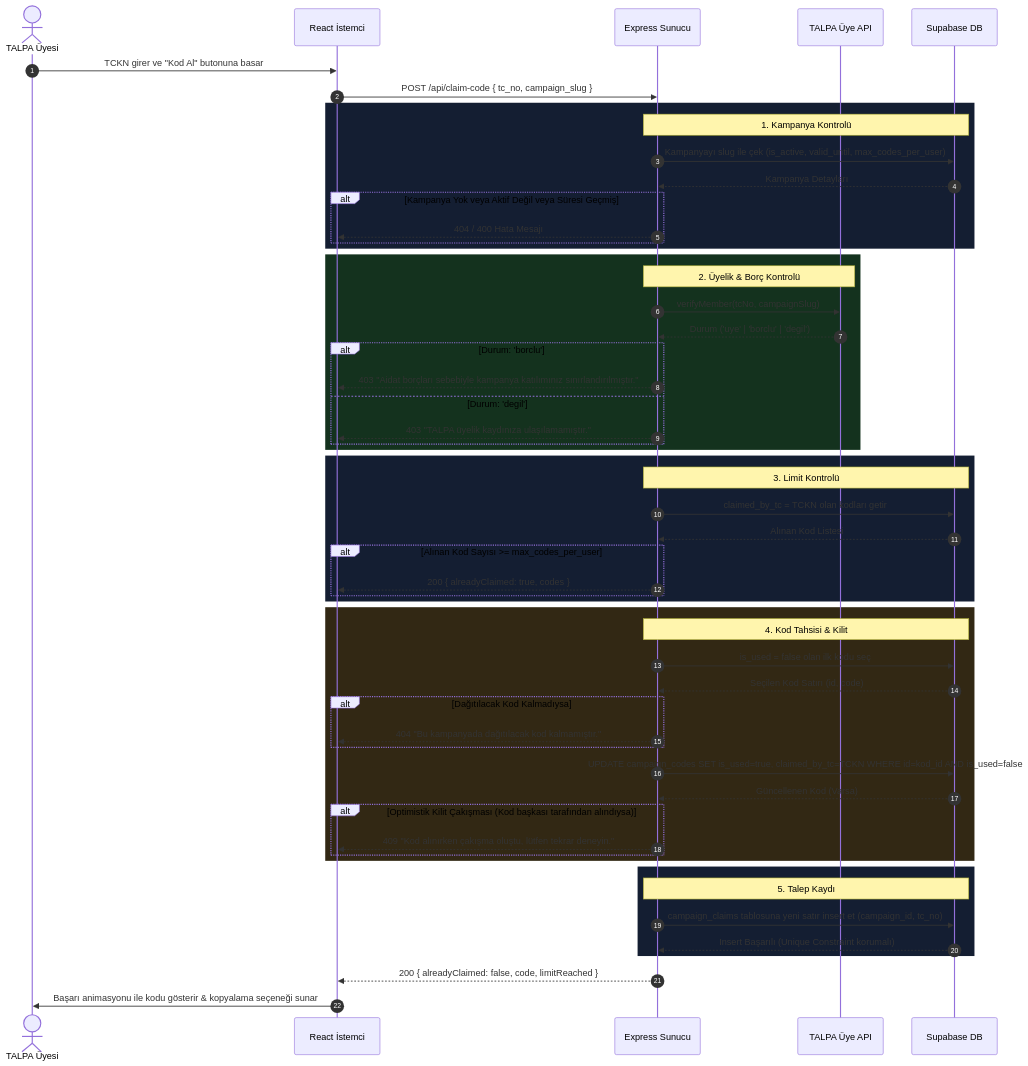
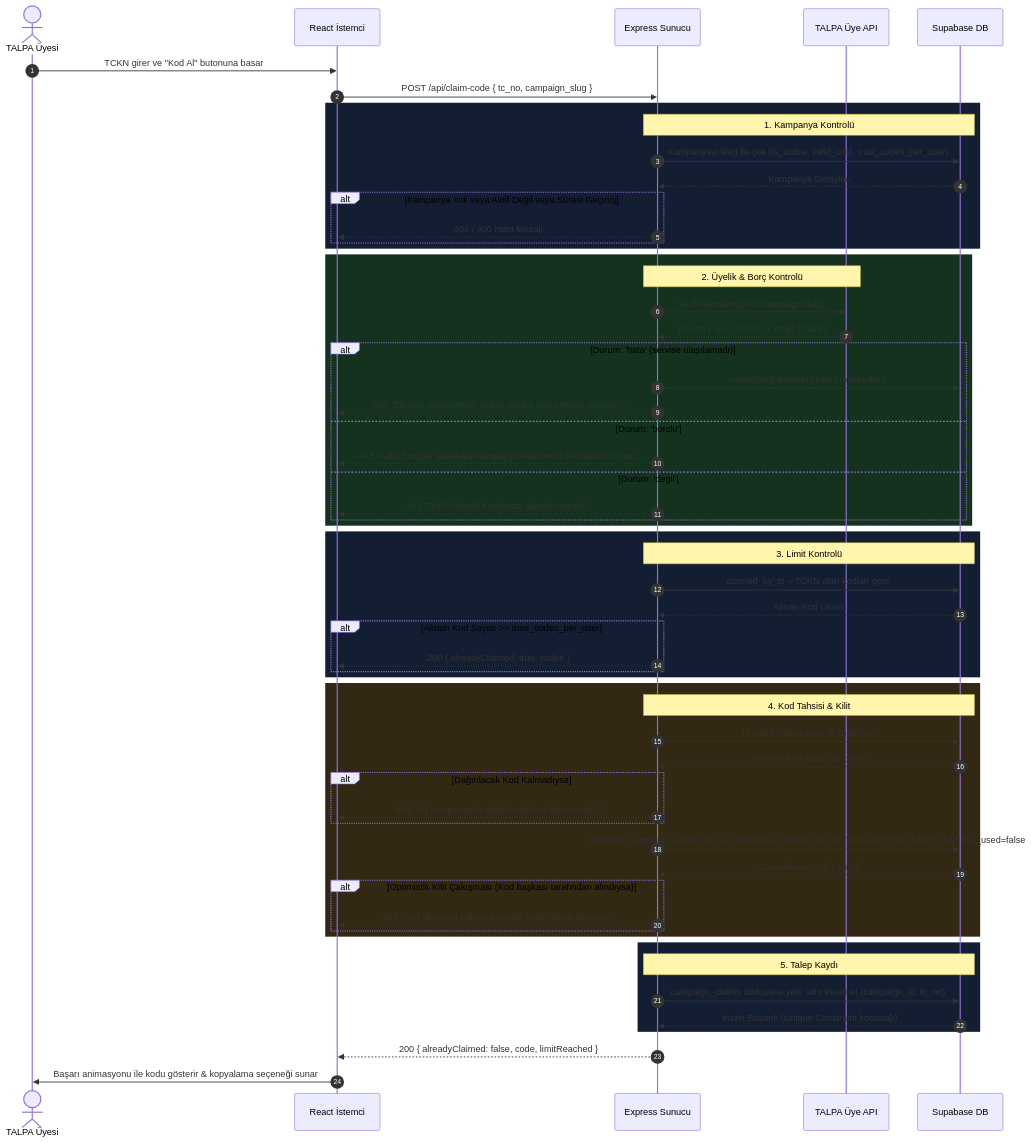
Before and after one commit to eyildirim82/talpa-giyim: the second of 3 diagrams in wiki/reference/architecture.md, drawn with Mermaid. The commit also changed other lines of this file and 8 other files, not shown here.

````diff
--- a/wiki/reference/architecture.md
+++ b/wiki/reference/architecture.md
@@ -55,64 +55,67 @@
 ```mermaid
 sequenceDiagram
     autonumber
     actor Uye as TALPA Üyesi
     participant Client as React İstemci
     participant Server as Express Sunucu
     participant MemberAPI as TALPA Üye API
     participant DB as Supabase DB
 
     Uye->>Client: TCKN girer ve "Kod Al" butonuna basar
     Client->>Server: POST /api/claim-code { tc_no, campaign_slug }
     
     rect rgb(20, 30, 50)
         Note over Server, DB: 1. Kampanya Kontrolü
         Server->>DB: Kampanyayı slug ile çek (is_active, valid_until, max_codes_per_user)
         DB-->>Server: Kampanya Detayları
         alt Kampanya Yok veya Aktif Değil veya Süresi Geçmiş
             Server-->>Client: 404 / 400 Hata Mesajı
         end
     end
 
     rect rgb(20, 50, 30)
         Note over Server, MemberAPI: 2. Üyelik & Borç Kontrolü
         Server->>MemberAPI: verifyMember(tcNo, campaignSlug)
-        MemberAPI-->>Server: Durum ('uye' | 'borclu' | 'degil')
-        alt Durum: 'borclu'
+        MemberAPI-->>Server: Durum ('uye' | 'borclu' | 'degil' | 'hata')
+        alt Durum: 'hata' (servise ulaşılamadı)
+            Server->>DB: recordVerifyFailure('claim') (best-effort)
+            Server-->>Client: 503 "Servise ulaşılamıyor, birkaç dakika sonra tekrar deneyin."
+        else Durum: 'borclu'
             Server-->>Client: 403 "Aidat borçları sebebiyle kampanya katılımınız sınırlandırılmıştır."
         else Durum: 'degil'
             Server-->>Client: 403 "TALPA üyelik kaydınıza ulaşılamamıştır."
         end
     end
 
     rect rgb(20, 30, 50)
         Note over Server, DB: 3. Limit Kontrolü
         Server->>DB: claimed_by_tc = TCKN olan kodları getir
         DB-->>Server: Alınan Kod Listesi
         alt Alınan Kod Sayısı >= max_codes_per_user
             Server-->>Client: 200 { alreadyClaimed: true, codes }
         end
     end
 
     rect rgb(50, 40, 20)
         Note over Server, DB: 4. Kod Tahsisi & Kilit
         Server->>DB: is_used = false olan ilk kodu seç
         DB-->>Server: Seçilen Kod Satırı (id, code)
         alt Dağıtılacak Kod Kalmadıysa
             Server-->>Client: 404 "Bu kampanyada dağıtılacak kod kalmamıştır."
         end
         Server->>DB: UPDATE campaign_codes SET is_used=true, claimed_by_tc=TCKN WHERE id=kod_id AND is_used=false
         DB-->>Server: Güncellenen Kod (Varsa)
         alt Optimistik Kilit Çakışması (Kod başkası tarafından alındıysa)
             Server-->>Client: 409 "Kod alınırken çakışma oluştu, lütfen tekrar deneyin."
         end
     end
 
     rect rgb(20, 30, 50)
         Note over Server, DB: 5. Talep Kaydı
         Server->>DB: campaign_claims tablosuna yeni satır insert et (campaign_id, tc_no)
         DB-->>Server: Insert Başarılı (Unique Constraint korumalı)
     end
 
     Server-->>Client: 200 { alreadyClaimed: false, code, limitReached }
     Client->>Uye: Başarı animasyonu ile kodu gösterir & kopyalama seçeneği sunar
 ```
````
